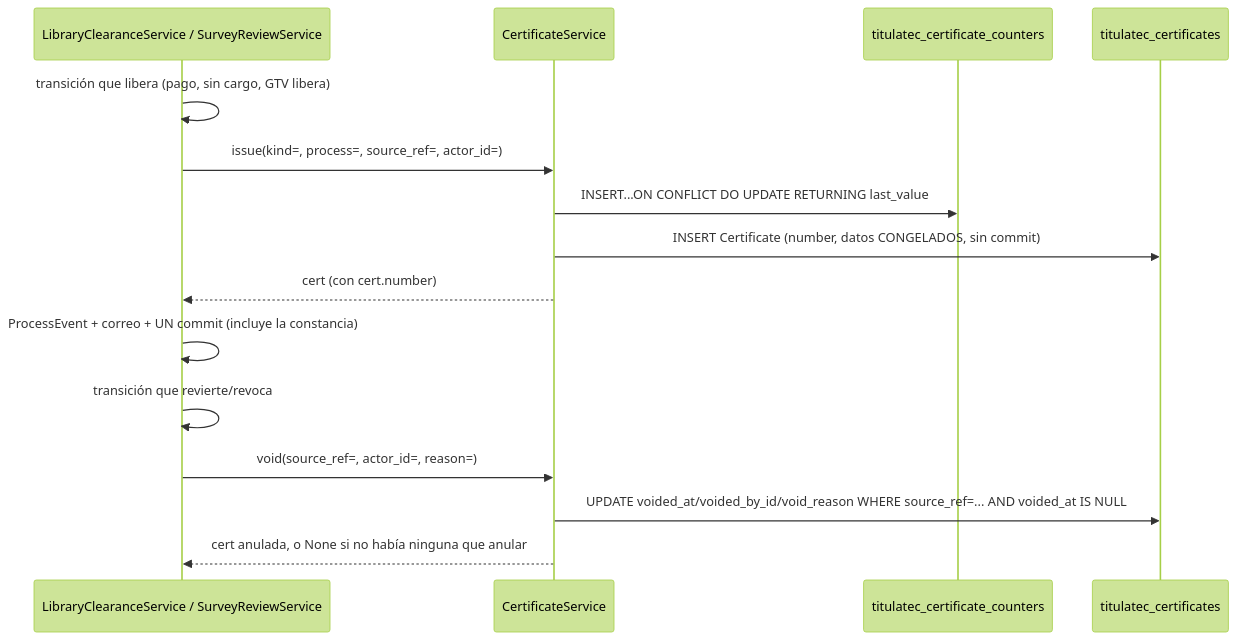
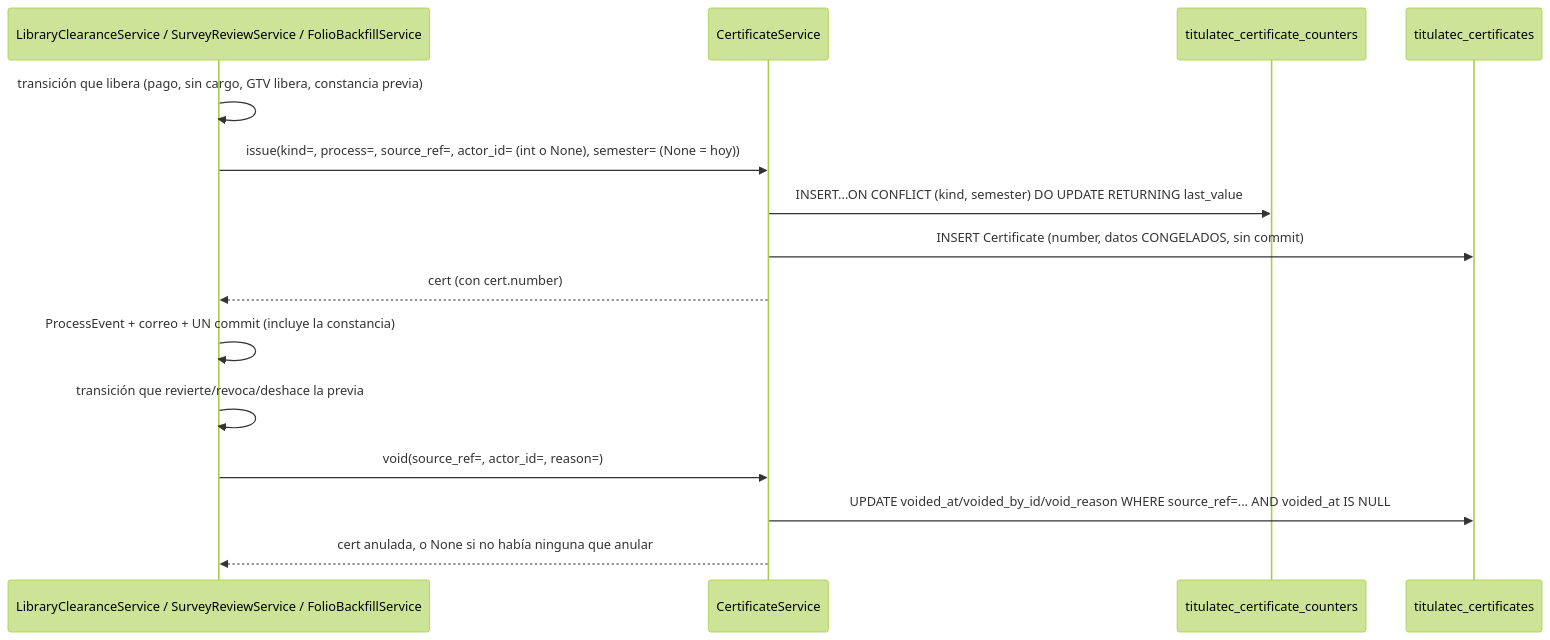
The diagram in itcj2/apps/titulatec/docs/flows/xcut_certificates_batch.md (Erne1357/itcj), drawn with Mermaid (forest theme) before and after one commit. The commit also changed other lines of this file and 7 other files, not shown here.

````diff
--- a/itcj2/apps/titulatec/docs/flows/xcut_certificates_batch.md
+++ b/itcj2/apps/titulatec/docs/flows/xcut_certificates_batch.md
@@ -65,19 +117,19 @@
 ```mermaid
 sequenceDiagram
-    participant DUEÑO as LibraryClearanceService / SurveyReviewService
+    participant DUEÑO as LibraryClearanceService / SurveyReviewService / FolioBackfillService
     participant CERT as CertificateService
     participant CTR as titulatec_certificate_counters
     participant DB as titulatec_certificates
 
-    DUEÑO->>DUEÑO: transición que libera (pago, sin cargo, GTV libera)
-    DUEÑO->>CERT: issue(kind=, process=, source_ref=, actor_id=)
-    CERT->>CTR: INSERT...ON CONFLICT DO UPDATE RETURNING last_value
+    DUEÑO->>DUEÑO: transición que libera (pago, sin cargo, GTV libera, constancia previa)
+    DUEÑO->>CERT: issue(kind=, process=, source_ref=, actor_id= (int o None), semester= (None = hoy))
+    CERT->>CTR: INSERT...ON CONFLICT (kind, semester) DO UPDATE RETURNING last_value
     CERT->>DB: INSERT Certificate (number, datos CONGELADOS, sin commit)
     CERT-->>DUEÑO: cert (con cert.number)
     DUEÑO->>DUEÑO: ProcessEvent + correo + UN commit (incluye la constancia)
 
-    DUEÑO->>DUEÑO: transición que revierte/revoca
+    DUEÑO->>DUEÑO: transición que revierte/revoca/deshace la previa
     DUEÑO->>CERT: void(source_ref=, actor_id=, reason=)
     CERT->>DB: UPDATE voided_at/voided_by_id/void_reason WHERE source_ref=... AND voided_at IS NULL
     CERT-->>DUEÑO: cert anulada, o None si no había ninguna que anular
 ```
````
